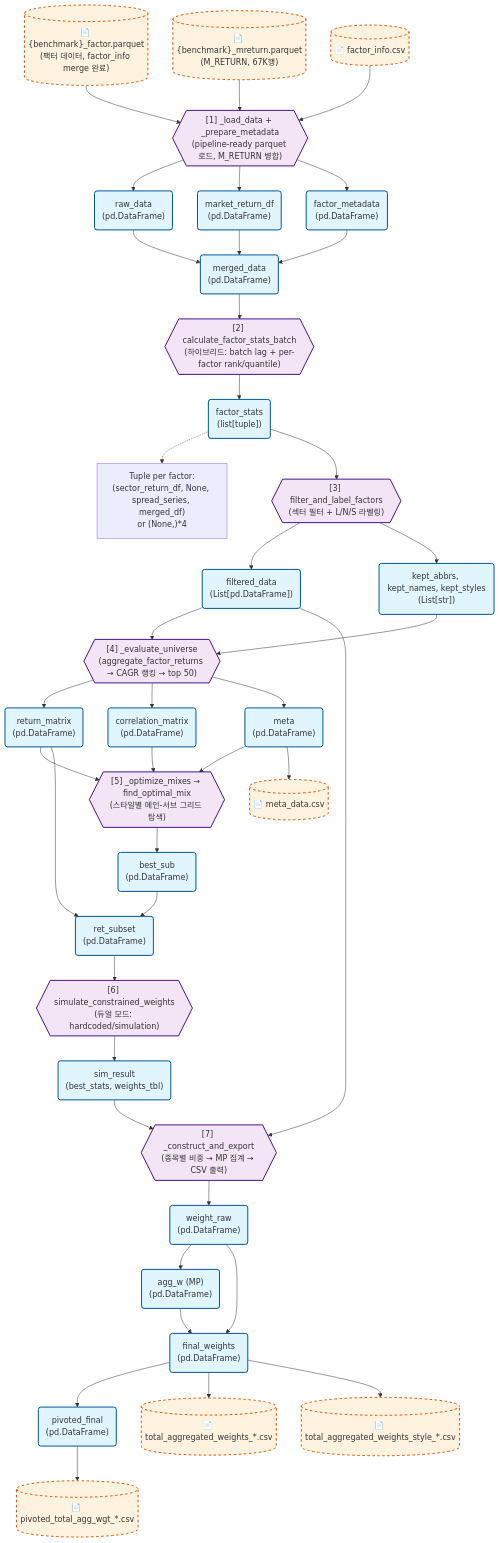
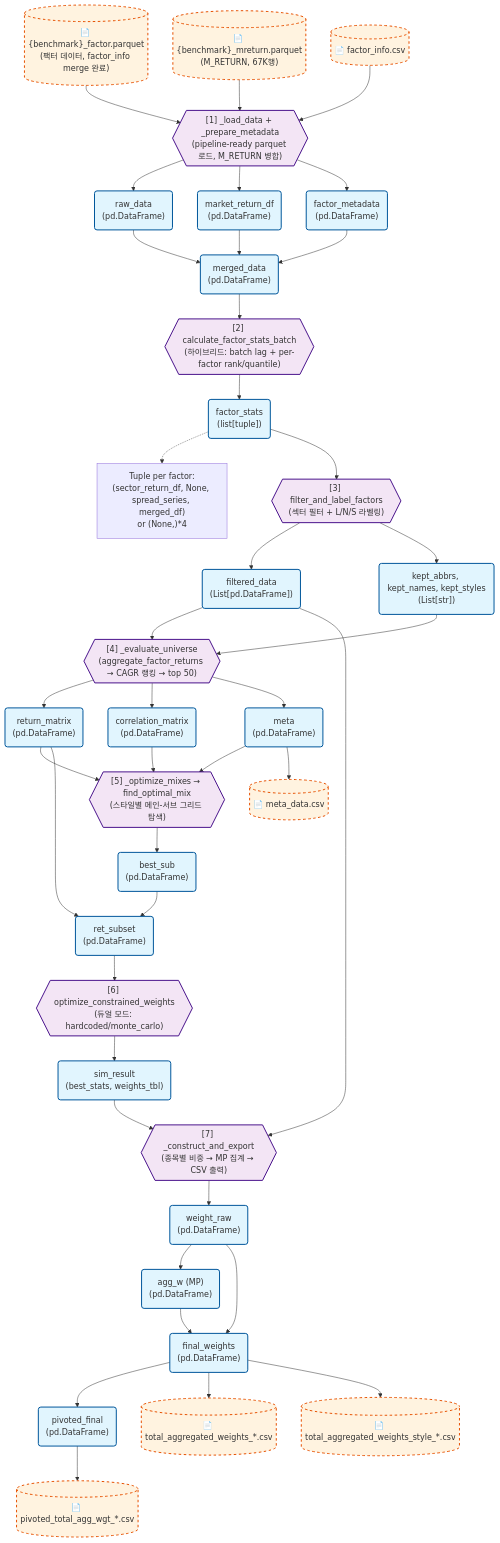
The diagram in docs/VARIABLE_FLOW.md (urhero/bok), drawn with Mermaid before and after one commit. The commit also changed other lines of this file and 41 other files, not shown here.

First line of the commit message:
refactor: simulation -> monte_carlo 리네이밍 + 데이터 2009년 확장

```diff
--- a/docs/VARIABLE_FLOW.md
+++ b/docs/VARIABLE_FLOW.md
@@ -70,7 +70,7 @@
     Var_BestSub & Var_FacRet --> Var_RetSubset
 
     %% --- [6] Weight Determination ---
-    Func_Sim{{"[6] simulate_constrained_weights<br/>(듀얼 모드: hardcoded/simulation)"}}:::func
+    Func_Sim{{"[6] optimize_constrained_weights<br/>(듀얼 모드: hardcoded/monte_carlo)"}}:::func
     Var_Res("sim_result<br/>(best_stats, weights_tbl)"):::data
 
     Var_RetSubset --> Func_Sim
```
